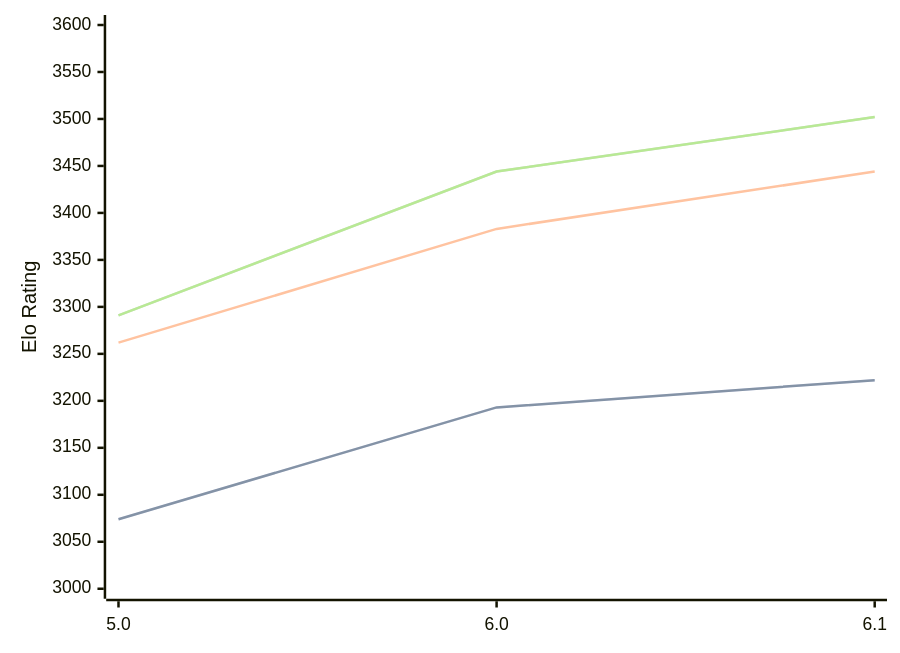
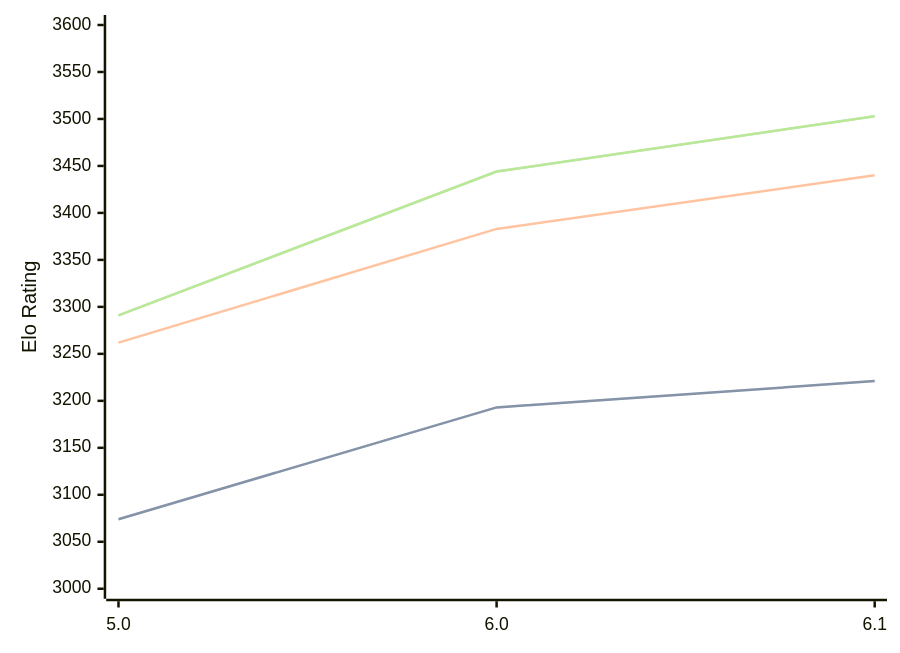
Before and after one commit to computer-chess-index/cci: the diagram in engines/PZChessBot.md, drawn with Mermaid. The commit also changed other lines of this file, not shown here.

Commit message:
Update CCI Ratings (ELO VLTC) - 2026-03-26

````diff
--- a/engines/PZChessBot.md
+++ b/engines/PZChessBot.md
@@ -42,11 +42,11 @@
 ```mermaid
 %%{init: {"theme":"base","themeVariables":{"seriesColors:['#a3a3a3','#222221','#faa371']}}}%%
 xychart-beta
   x-axis ["5.0", "6.0", "6.1"]
   y-axis "Elo Rating" 3000 --> 3600
-  line "STC (8.0+0.08s)" [3074, 3193, 3222]
-  line "STC (8.0+0.08s)" [3074, 3193, 3222]
-  line "LTC (60.0+0.60s)" [3262, 3383, 3444]
-  line "VLTC (2m24s+1.12s)" [3291, 3444, 3502]
-  line "VLTC (2m24s+1.12s)" [3291, 3444, 3502]
+  line "STC (8.0+0.08s)" [3074, 3193, 3221]
+  line "STC (8.0+0.08s)" [3074, 3193, 3221]
+  line "LTC (60.0+0.60s)" [3262, 3383, 3440]
+  line "VLTC (2m24s+1.12s)" [3291, 3444, 3503]
+  line "VLTC (2m24s+1.12s)" [3291, 3444, 3503]
 ```
````
